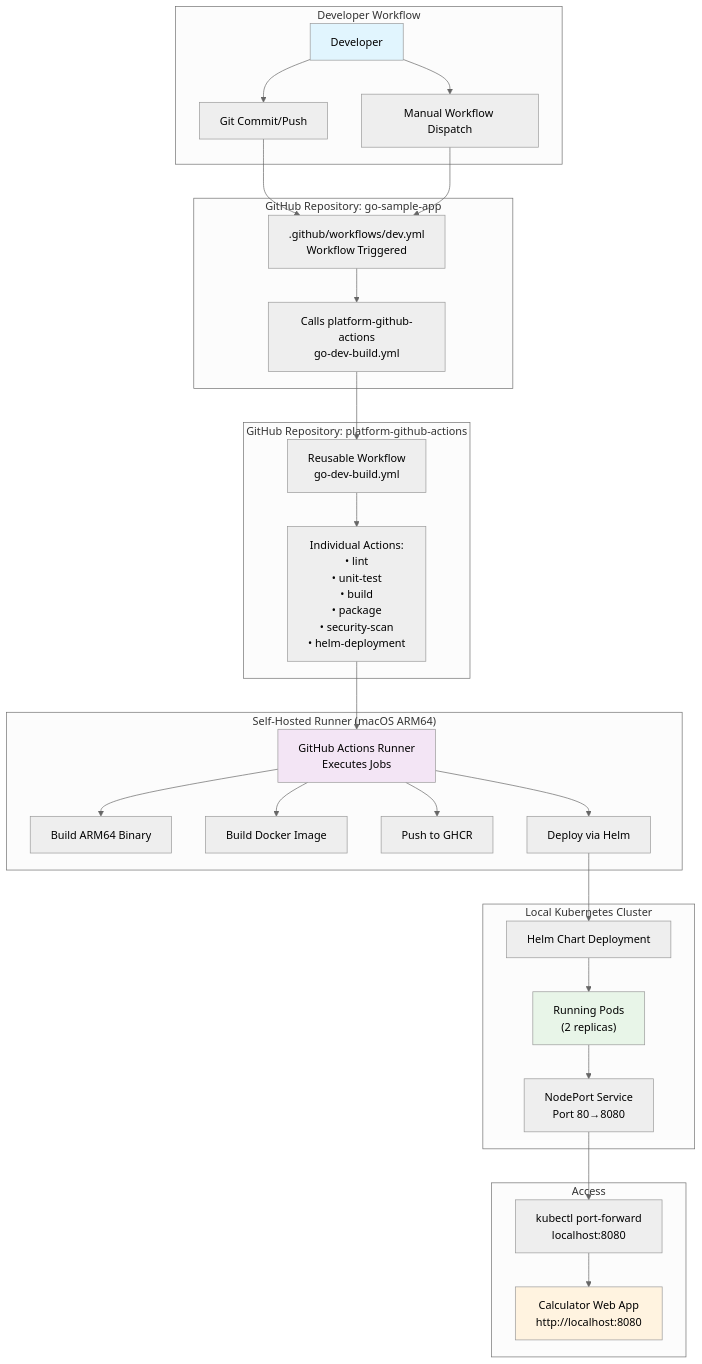
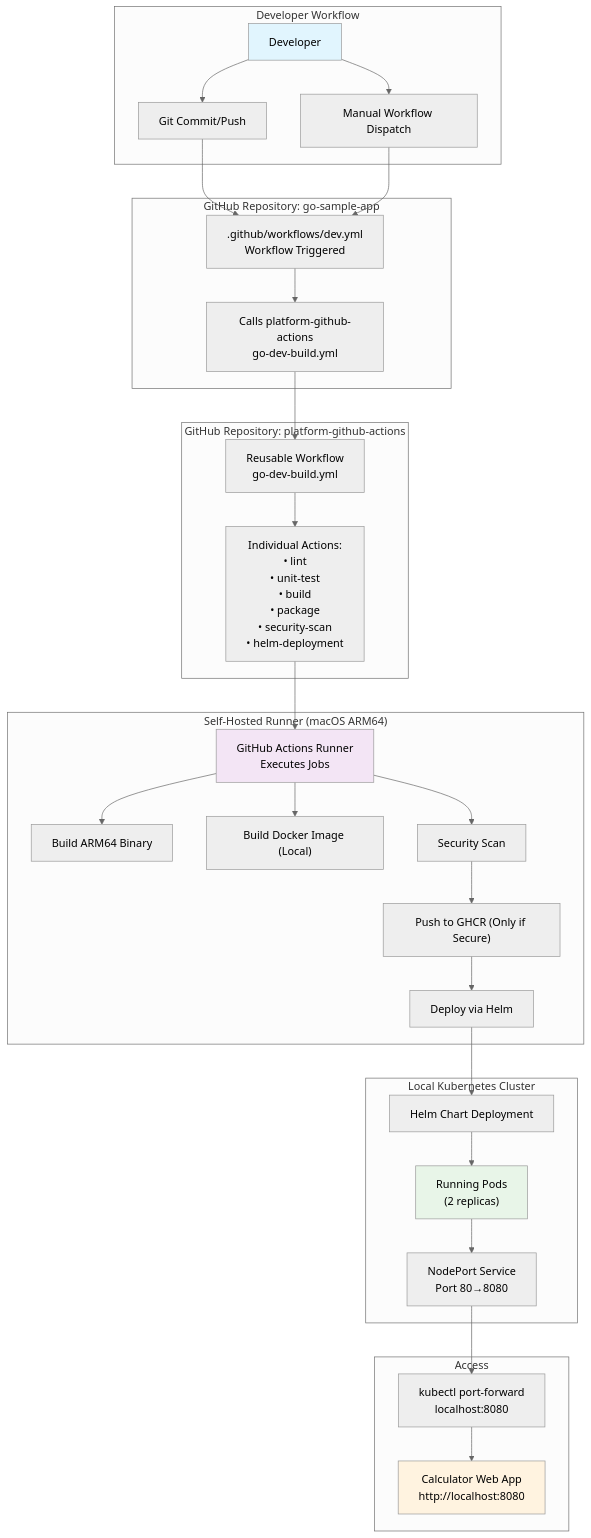
Before and after one commit to altimetrik-digital-enablement-demo-hub/platform-github-actions: the first of 7 diagrams in FLOW.md, drawn with Mermaid (neutral theme). The commit also changed other lines of this file and 1 other file, not shown here.

Commit message:
fix: changed flow - push image to registry after scans

````diff
--- a/FLOW.md
+++ b/FLOW.md
@@ -15,42 +15,43 @@
 ```mermaid
 graph TB
     subgraph "Developer Workflow"
         DEV[Developer] --> COMMIT[Git Commit/Push]
         DEV --> MANUAL[Manual Workflow Dispatch]
     end
     
     subgraph "GitHub Repository: go-sample-app"
         COMMIT --> TRIGGER[".github/workflows/dev.yml<br/>Workflow Triggered"]
         MANUAL --> TRIGGER
         TRIGGER --> CALL["Calls platform-github-actions<br/>go-dev-build.yml"]
     end
     
     subgraph "GitHub Repository: platform-github-actions"
         CALL --> REUSABLE["Reusable Workflow<br/>go-dev-build.yml"]
         REUSABLE --> ACTIONS["Individual Actions:<br/>• lint<br/>• unit-test<br/>• build<br/>• package<br/>• security-scan<br/>• helm-deployment"]
     end
     
     subgraph "Self-Hosted Runner (macOS ARM64)"
         ACTIONS --> RUNNER["GitHub Actions Runner<br/>Executes Jobs"]
         RUNNER --> BUILD["Build ARM64 Binary"]
-        RUNNER --> DOCKER["Build Docker Image"]
-        RUNNER --> PUSH["Push to GHCR"]
-        RUNNER --> DEPLOY["Deploy via Helm"]
+        RUNNER --> DOCKER["Build Docker Image (Local)"]
+        RUNNER --> SECURITY["Security Scan"]
+        SECURITY --> PUSH["Push to GHCR (Only if Secure)"]
+        PUSH --> DEPLOY["Deploy via Helm"]
     end
     
     subgraph "Local Kubernetes Cluster"
         DEPLOY --> HELM["Helm Chart Deployment"]
         HELM --> PODS["Running Pods<br/>(2 replicas)"]
         PODS --> SERVICE["NodePort Service<br/>Port 80→8080"]
     end
     
     subgraph "Access"
         SERVICE --> PORTFWD["kubectl port-forward<br/>localhost:8080"]
         PORTFWD --> WEBAPP["Calculator Web App<br/>http://localhost:8080"]
     end
 
     style DEV fill:#e1f5fe
     style RUNNER fill:#f3e5f5
     style PODS fill:#e8f5e8
     style WEBAPP fill:#fff3e0
 ```
````
